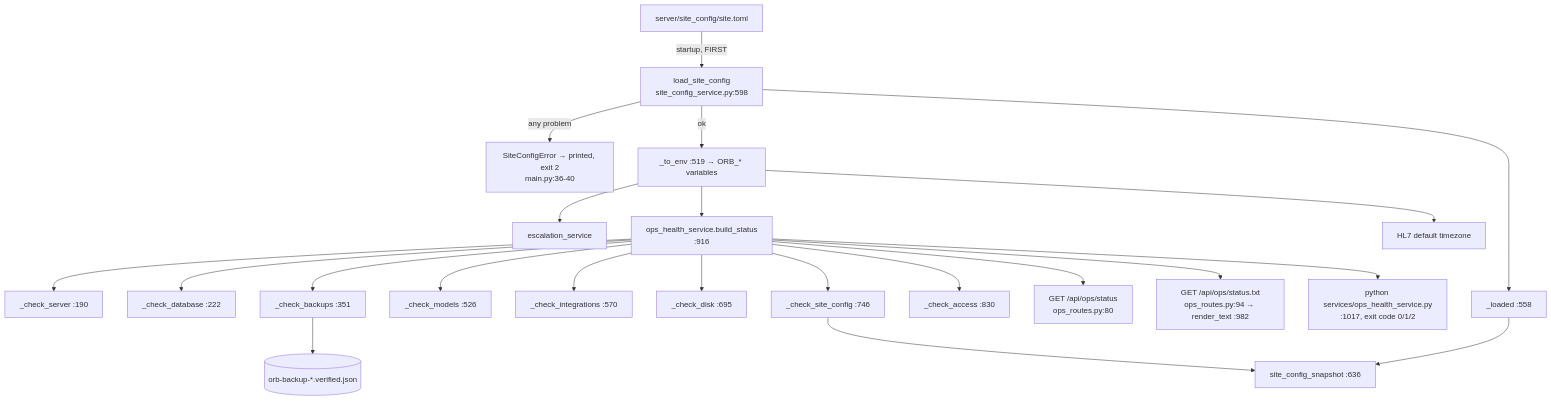
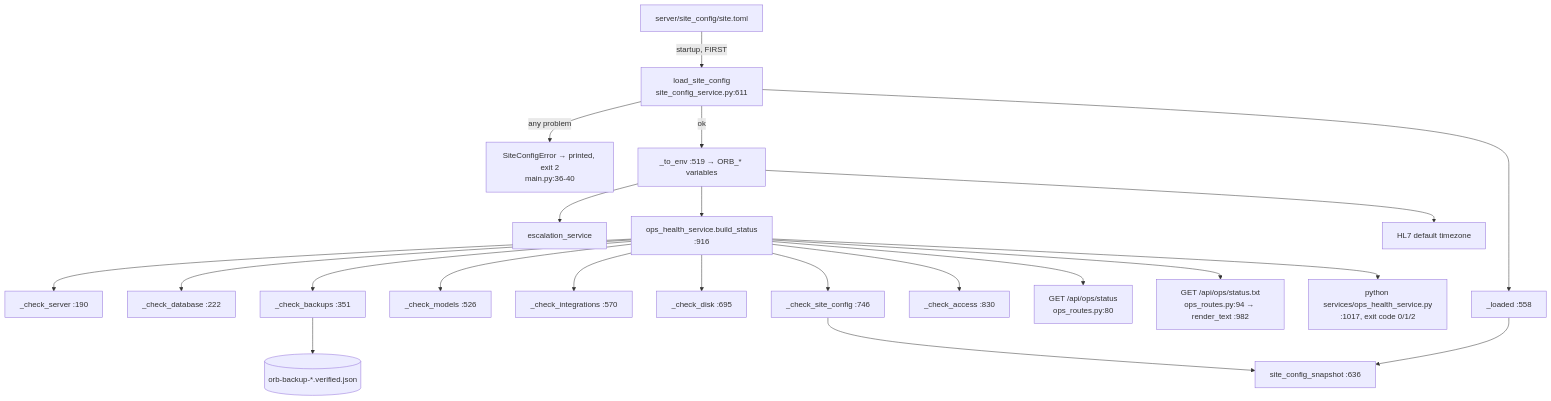
One commit to samuelmorningstar23/Orb changed the first of 2 diagrams in docs/guide/40-ops-health-and-site-config.md. Above: the diagram before and after it, drawn with Mermaid. The commit also changed other lines of this file and 151 other files, not shown here.

````diff
--- a/docs/guide/40-ops-health-and-site-config.md
+++ b/docs/guide/40-ops-health-and-site-config.md
@@ -65,25 +65,25 @@
 ```mermaid
 graph TD
-  TOML[server/site_config/site.toml] -->|startup, FIRST| LOAD[load_site_config<br/>site_config_service.py:598]
+  TOML[server/site_config/site.toml] -->|startup, FIRST| LOAD[load_site_config<br/>site_config_service.py:611]
   LOAD -->|any problem| BOOM[SiteConfigError → printed, exit 2<br/>main.py:36-40]
   LOAD -->|ok| ENV[_to_env :519 → ORB_* variables]
   ENV --> ESC[escalation_service]
   ENV --> OPS
   ENV --> HL7[HL7 default timezone]
   LOAD --> MEM[_loaded :558]
   MEM --> SNAP[site_config_snapshot :636]
 
   OPS[ops_health_service.build_status<br/>:916] --> C1[_check_server :190]
   OPS --> C2[_check_database :222]
   OPS --> C3[_check_backups :351]
   OPS --> C4[_check_models :526]
   OPS --> C5[_check_integrations :570]
   OPS --> C6[_check_disk :695]
   OPS --> C7[_check_site_config :746]
   OPS --> C8[_check_access :830]
   C7 --> SNAP
   C3 --> RCPT[(orb-backup-*.verified.json)]
   OPS --> JSON[GET /api/ops/status<br/>ops_routes.py:80]
   OPS --> TXT[GET /api/ops/status.txt<br/>ops_routes.py:94 → render_text :982]
   OPS --> CLI[python services/ops_health_service.py<br/>:1017, exit code 0/1/2]
 ```
````
